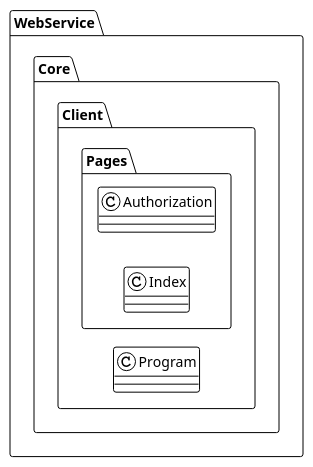
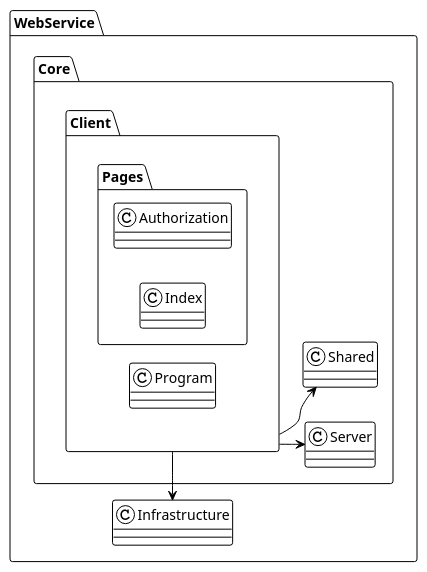
Before and after one commit to ahja-itu/BDSA2021-FinalProject: the diagram in Documentation/UML/CollectedPumls/client.puml, drawn with PlantUML. The commit also changed 4 other files, not shown here.

Commit message:
Update diagrams

```diff
--- a/Documentation/UML/CollectedPumls/client.puml
+++ b/Documentation/UML/CollectedPumls/client.puml
@@ -1,12 +1,18 @@
 @startuml
 !theme plain
 left to right direction
-package WebService.Core.Client {
-    class Program { }
-    package WebService.Core.Client.Pages {
-        class Authorization {}
-        class Index {}
+package WebService.Core {
+    package WebService.Core.Client {
+        class Program { }
+        package WebService.Core.Client.Pages {
+            class Authorization {}
+            class Index {}
+        }
     }
 }
 
+WebService.Core.Client --> WebService.Core.Server
+WebService.Core.Client --> WebService.Core.Shared
+WebService.Core.Client -l-> WebService.Infrastructure
+
 @enduml
```
